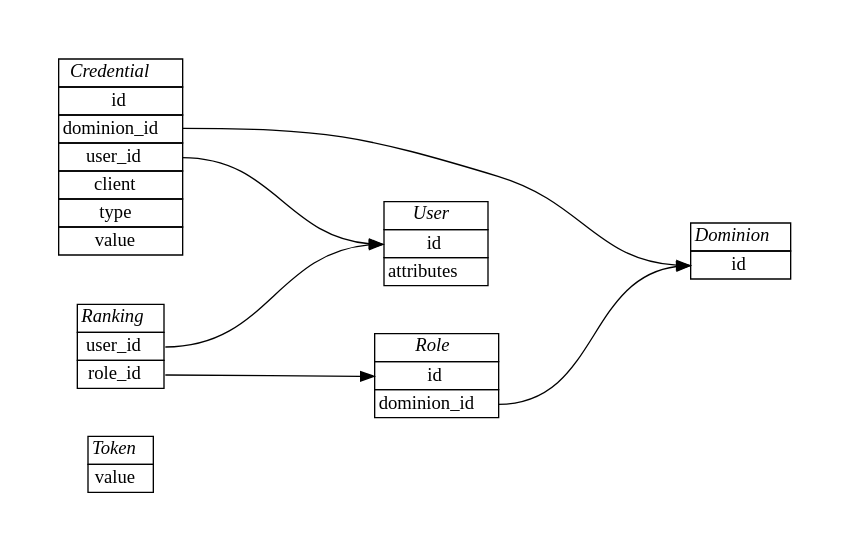
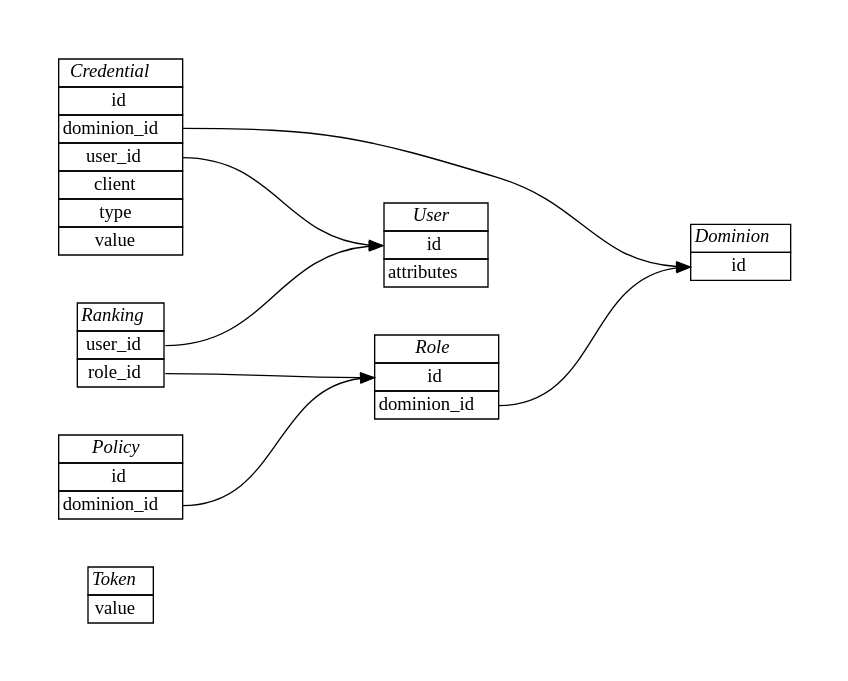
One commit to knowark/authark changed the diagram in docs/architecture/domain.rst. Above: the diagram before and after it, drawn with Graphviz. The commit also changed other lines of this file, not shown here.

Commit message:
Describe role policies

```diff
--- a/docs/architecture/domain.rst
+++ b/docs/architecture/domain.rst
@@ -9,57 +9,65 @@
 .. graphviz::
 
    digraph {
     graph [pad="0.5", nodesep="0.5", ranksep="2"];
     node [shape=plain]
     rankdir=LR;
 
     Token [label=<
     <table border="0" cellborder="1" cellspacing="0">
     <tr><td><i>Token</i></td></tr>
     <tr><td port="value">value</td></tr>
     </table>>];
 
     User [label=<
     <table border="0" cellborder="1" cellspacing="0">
     <tr><td><i>User</i></td></tr>
     <tr><td port="id">id</td></tr>
     <tr><td port="attributes">attributes</td></tr>
     </table>>];
 
     Ranking [label=<
     <table border="0" cellborder="1" cellspacing="0">
     <tr><td><i>Ranking</i></td></tr>
     <tr><td port="user_id">user_id</td></tr>
     <tr><td port="role_id">role_id</td></tr>
     </table>>];
 
     Credential [label=<
     <table border="0" cellborder="1" cellspacing="0">
     <tr><td><i>Credential</i></td></tr>
     <tr><td port="id">id</td></tr>
     <tr><td port="dominion_id">dominion_id</td></tr>
     <tr><td port="user_id">user_id</td></tr>
     <tr><td port="client">client</td></tr>
     <tr><td port="type">type</td></tr>
     <tr><td port="value">value</td></tr>
     </table>>];
 
     Role [label=<
     <table border="0" cellborder="1" cellspacing="0">
     <tr><td><i>Role</i></td></tr>
     <tr><td port="id">id</td></tr>
     <tr><td port="dominion_id">dominion_id</td></tr>
     </table>>];
 
     Dominion [label=<
     <table border="0" cellborder="1" cellspacing="0">
     <tr><td><i>Dominion</i></td></tr>
     <tr><td port="id">id</td></tr>
     </table>>];
 
+    Policy [label=<
+    <table border="0" cellborder="1" cellspacing="0">
+    <tr><td><i>Policy</i></td></tr>
+    <tr><td port="id">id</td></tr>
+    <tr><td port="role_id">dominion_id</td></tr>
+    </table>>];
+
     Ranking:user_id -> User:id;
     Ranking:role_id -> Role:id;
     Credential:dominion_id ->  Dominion:id;
     Credential:user_id -> User:id;
     Role:dominion_id -> Dominion:id;
+    Policy:role_id ->  Role:id;
     }
```
